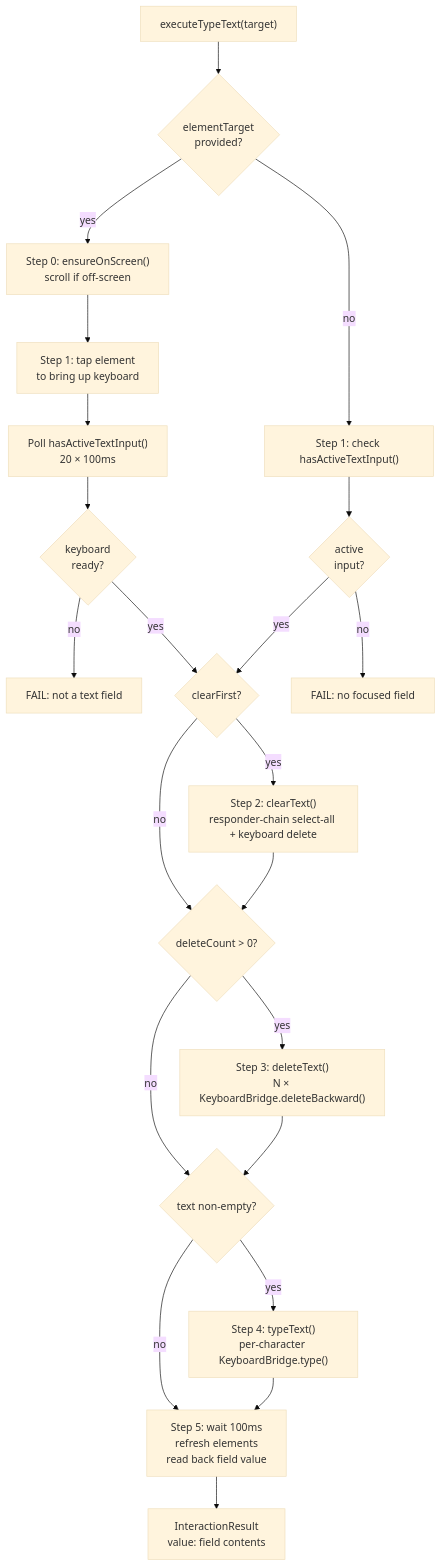
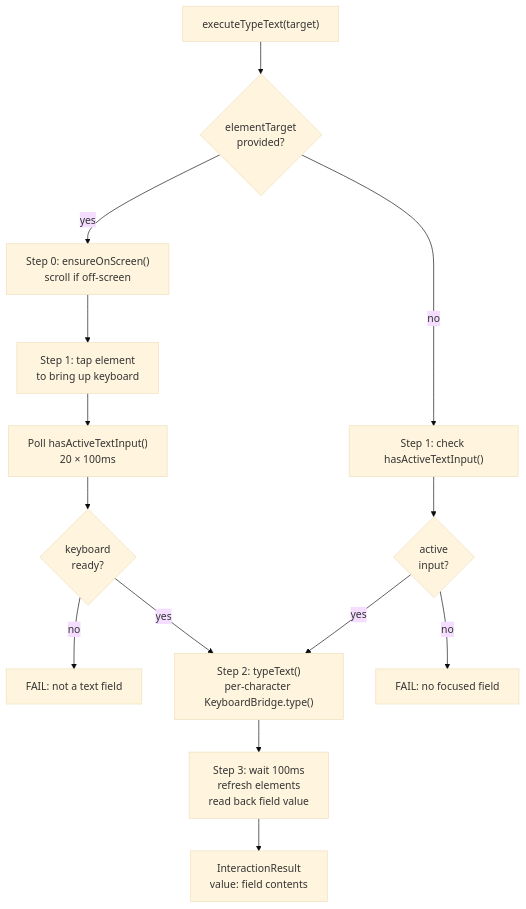
Before and after one commit to RoyalPineapple/TheButtonHeist: the diagram in docs/dossiers/14c-TEXT-ENTRY.md, drawn with Mermaid (base theme). The commit also changed other lines of this file and 22 other files, not shown here.

Commit message:
Simplify type_text edit contract

````diff
--- a/docs/dossiers/14c-TEXT-ENTRY.md
+++ b/docs/dossiers/14c-TEXT-ENTRY.md
@@ -14,33 +14,22 @@
 ```mermaid
 flowchart TD
     Start["executeTypeText(target)"]
     Start --> S0{elementTarget<br/>provided?}
     S0 -->|yes| EnsureVisible["Step 0: ensureOnScreen()<br/>scroll if off-screen"]
     S0 -->|no| CheckFocus
 
     EnsureVisible --> Tap["Step 1: tap element<br/>to bring up keyboard"]
     Tap --> Poll["Poll hasActiveTextInput()<br/>20 × 100ms"]
     Poll --> Ready{keyboard<br/>ready?}
     Ready -->|no| Fail1["FAIL: not a text field"]
-    Ready -->|yes| CheckClear
+    Ready -->|yes| Type
 
     CheckFocus["Step 1: check hasActiveTextInput()"]
     CheckFocus --> HasInput{active<br/>input?}
     HasInput -->|no| Fail2["FAIL: no focused field"]
-    HasInput -->|yes| CheckClear
+    HasInput -->|yes| Type
 
-    CheckClear{clearFirst?}
-    CheckClear -->|yes| Clear["Step 2: clearText()<br/>responder-chain select-all + keyboard delete"]
-    CheckClear -->|no| CheckDelete
-
-    Clear --> CheckDelete{deleteCount > 0?}
-    CheckDelete -->|yes| Delete["Step 3: deleteText()<br/>N × KeyboardBridge.deleteBackward()"]
-    CheckDelete -->|no| CheckType
-
-    Delete --> CheckType{text non-empty?}
-    CheckType -->|yes| Type["Step 4: typeText()<br/>per-character KeyboardBridge.type()"]
-    CheckType -->|no| Readback
-
-    Type --> Readback["Step 5: wait 100ms<br/>refresh elements<br/>read back field value"]
+    Type["Step 2: typeText()<br/>per-character KeyboardBridge.type()"]
+    Type --> Readback["Step 3: wait 100ms<br/>refresh elements<br/>read back field value"]
     Readback --> Result["InteractionResult<br/>value: field contents"]
 ```
````
